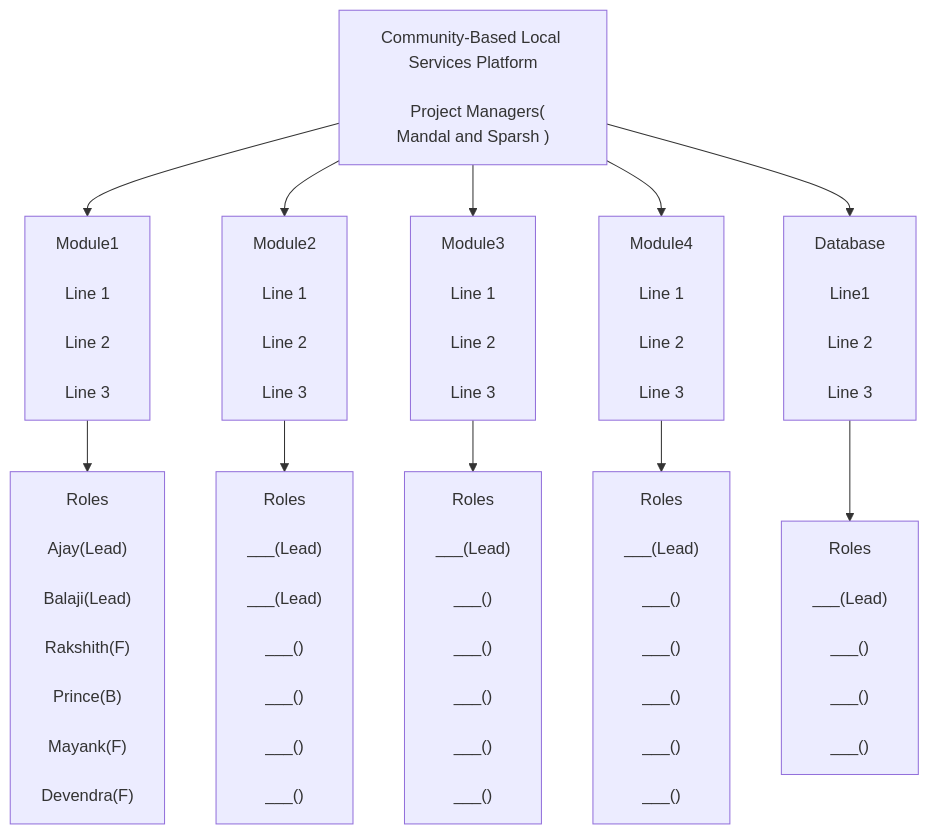
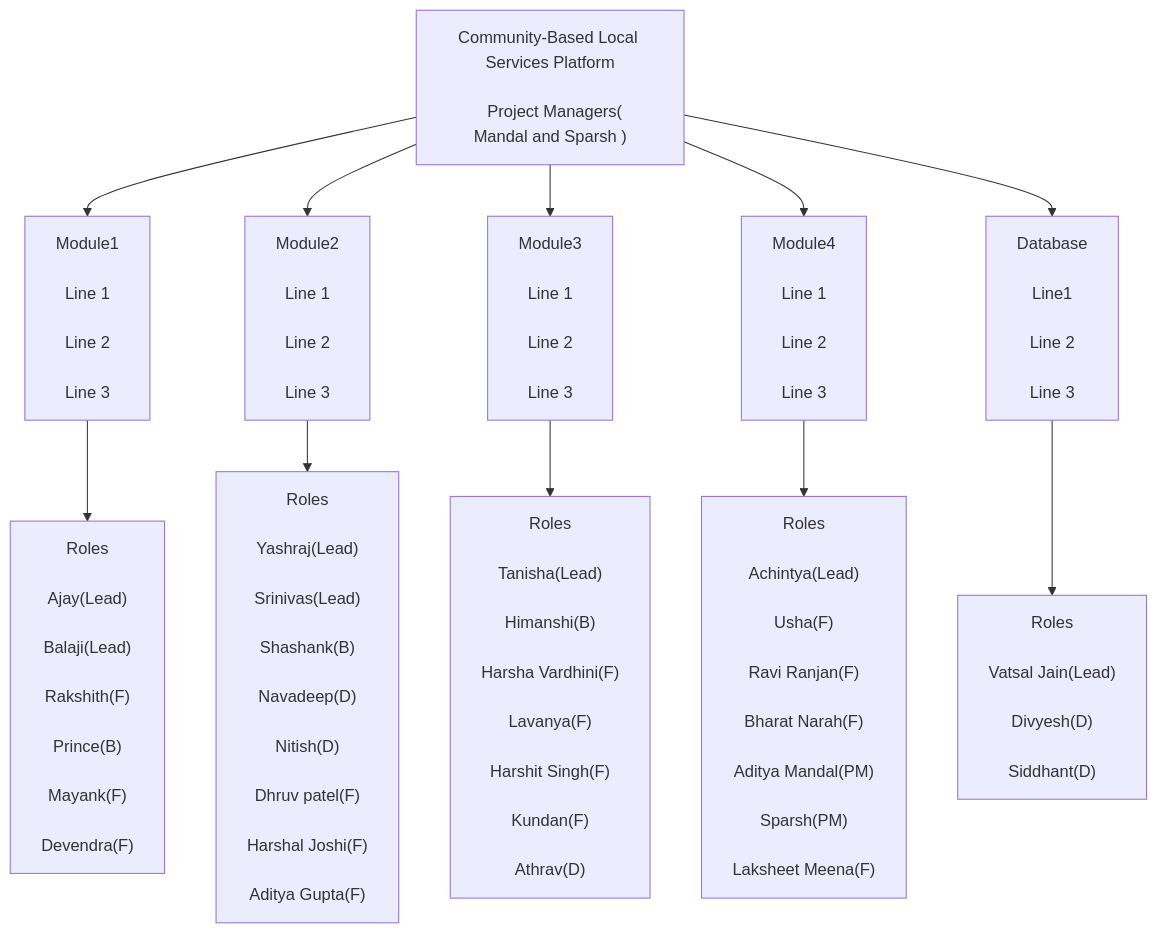
Before and after one commit to Sparsh752/Community-Based-Local-Services-Platform: the diagram in README.md, drawn with Mermaid.

````diff
--- a/README.md
+++ b/README.md
@@ -30,70 +30,73 @@
 ```mermaid
 graph TD
     Project["Community-Based Local Services Platform<br>
    Project Managers( Mandal and Sparsh )"]
     Module1["Module1<br>
     Line 1<br>
     Line 2<br>
     Line 3"]
     Module2["Module2<br>
     Line 1<br>
     Line 2<br>
     Line 3"]
     Module3["Module3<br>
     Line 1<br>
     Line 2<br>
     Line 3"]
     Module4["Module4<br>
     Line 1<br>
     Line 2<br>
     Line 3"]
     Database["Database<br>
     Line1<br>
     Line 2<br>
     Line 3"]
     M1Roles["Roles<br>
     Ajay(Lead)<br>
     Balaji(Lead)<br>
     Rakshith(F)<br>
     Prince(B)<br>
     Mayank(F)<br>
     Devendra(F)"]
     M2Roles["Roles<br>
-    ___(Lead)<br>
-    ___(Lead)<br>
-    ___()<br>
-    ___()<br>
-    ___()<br>
-    ___()"]
+    Yashraj(Lead)<br>
+    Srinivas(Lead)<br>
+    Shashank(B)<br>
+    Navadeep(D)<br>
+    Nitish(D)<br>
+    Dhruv patel(F)<br>
+    Harshal Joshi(F)<br>
+    Aditya Gupta(F)"]
     M3Roles["Roles<br>
-    ___(Lead)<br>
-    ___()<br>
-    ___()<br>
-    ___()<br>
-    ___()<br>
-    ___()"]
+    Tanisha(Lead)<br>
+    Himanshi(B)<br>
+    Harsha Vardhini(F)<br>
+    Lavanya(F)<br>
+    Harshit Singh(F)<br>
+    Kundan(F)<br>
+    Athrav(D)"]
     M4Roles["Roles<br>
-    ___(Lead)<br>
-    ___()<br>
-    ___()<br>
-    ___()<br>
-    ___()<br>
-    ___()"]
+    Achintya(Lead)<br>
+    Usha(F)<br>
+    Ravi Ranjan(F)<br>
+    Bharat Narah(F)<br>
+    Aditya Mandal(PM)<br>
+    Sparsh(PM)<br>
+    Laksheet Meena(F)"]
     DRoles["Roles<br>
-    ___(Lead)<br>
-    ___()<br>
-    ___()<br>
-    ___()"]
+    Vatsal Jain(Lead)<br>
+    Divyesh(D)<br>
+    Siddhant(D)"]
     
     Project --> Module1
     Project --> Module2
     Project --> Module3
     Project --> Module4
     Project --> Database
     Module1 --> M1Roles
     Module2 --> M2Roles
     Module3 --> M3Roles
     Module4 --> M4Roles
     Database --> DRoles
     
 ```
````
